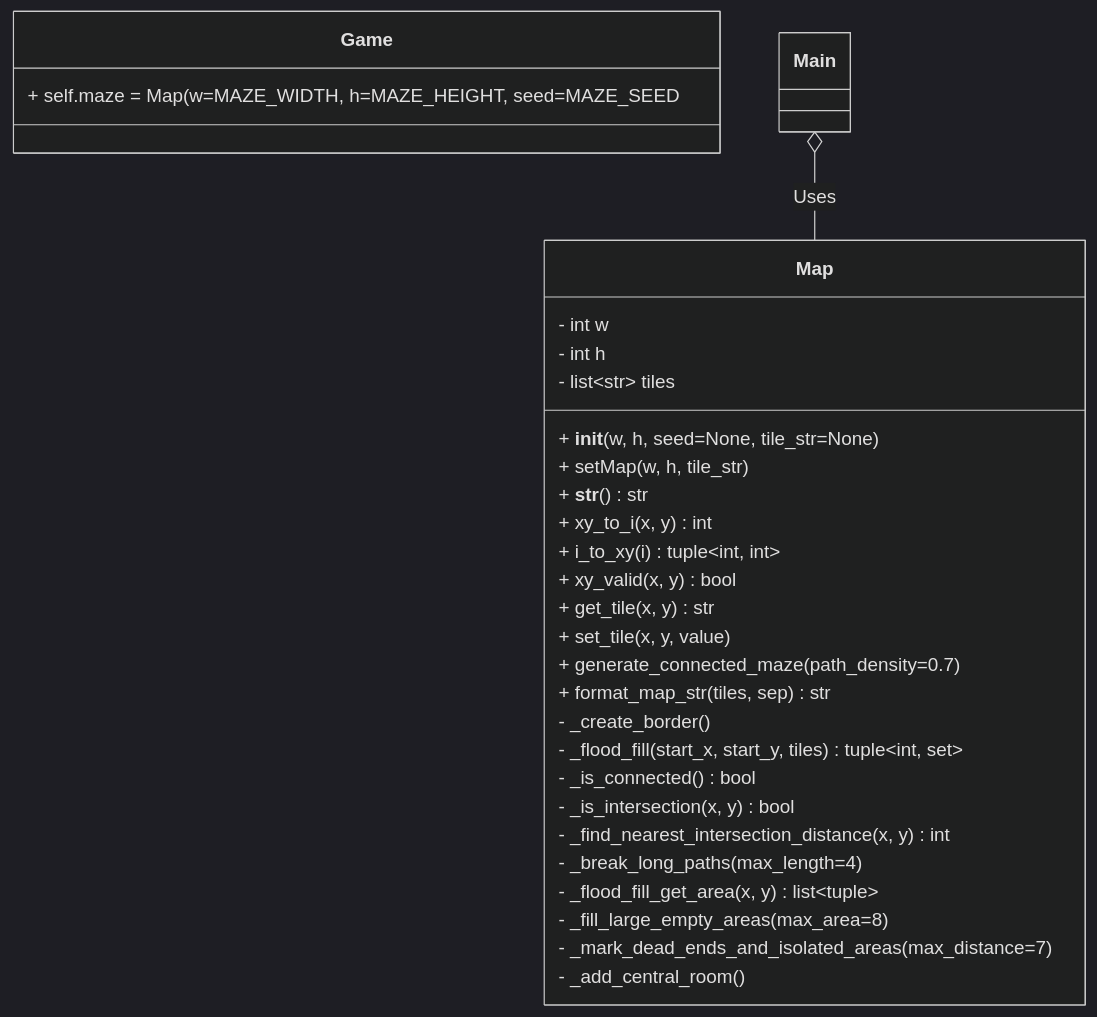
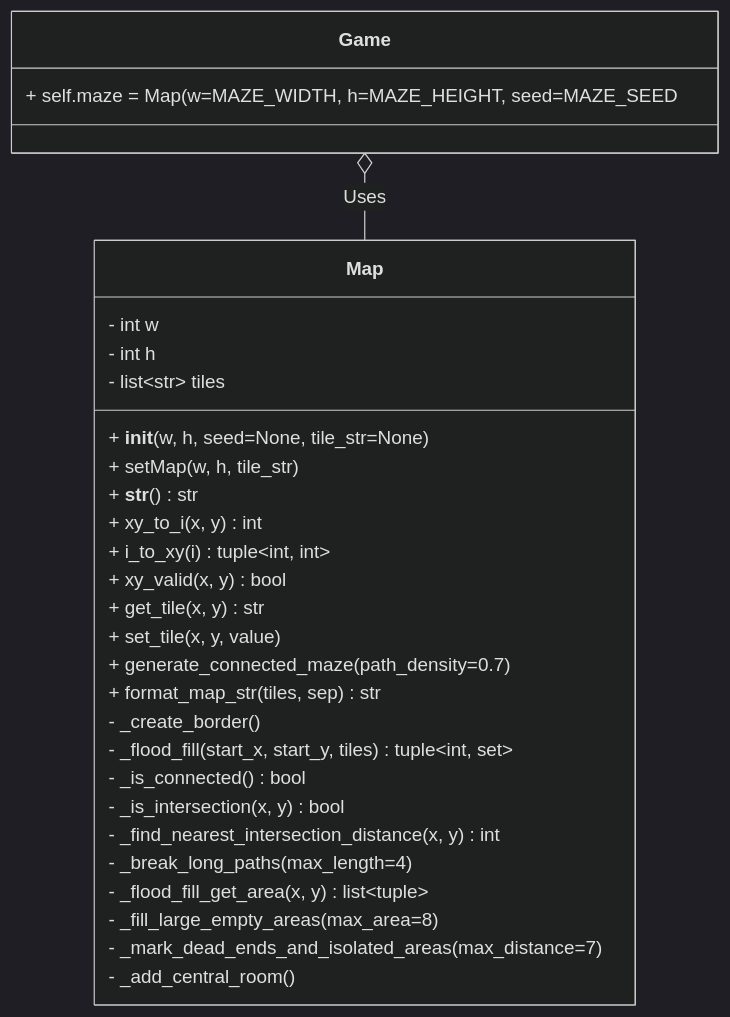
Before and after one commit to jui-pixel/oop-2025-proj-pacman: the diagram in game/maze_generator.md, drawn with Mermaid (dark theme).

````diff
--- a/game/maze_generator.md
+++ b/game/maze_generator.md
@@ -1,38 +1,38 @@
 ```mermaid
 classDiagram
     class Map {
         - int w
         - int h
         - list~str~ tiles
         + __init__(w, h, seed=None, tile_str=None)
         + setMap(w, h, tile_str)
         + __str__() str
         + xy_to_i(x, y) int
         + i_to_xy(i) tuple~int, int~
         + xy_valid(x, y) bool
         + get_tile(x, y) str
         + set_tile(x, y, value)
         + generate_connected_maze(path_density=0.7)
         + format_map_str(tiles, sep) str
     }
 
     %% Private methods
     class Map {
         - _create_border()
         - _flood_fill(start_x, start_y, tiles) tuple~int, set~
         - _is_connected() bool
         - _is_intersection(x, y) bool
         - _find_nearest_intersection_distance(x, y) int
         - _break_long_paths(max_length=4)
         - _flood_fill_get_area(x, y) list~tuple~
         - _fill_large_empty_areas(max_area=8)
         - _mark_dead_ends_and_isolated_areas(max_distance=7)
         - _add_central_room()
     }
 
     class Game {
         + self.maze = Map(w=MAZE_WIDTH, h=MAZE_HEIGHT, seed=MAZE_SEED
     }
 
-    Main o-- Map : Uses
+    Game o-- Map : Uses
 ```
````
